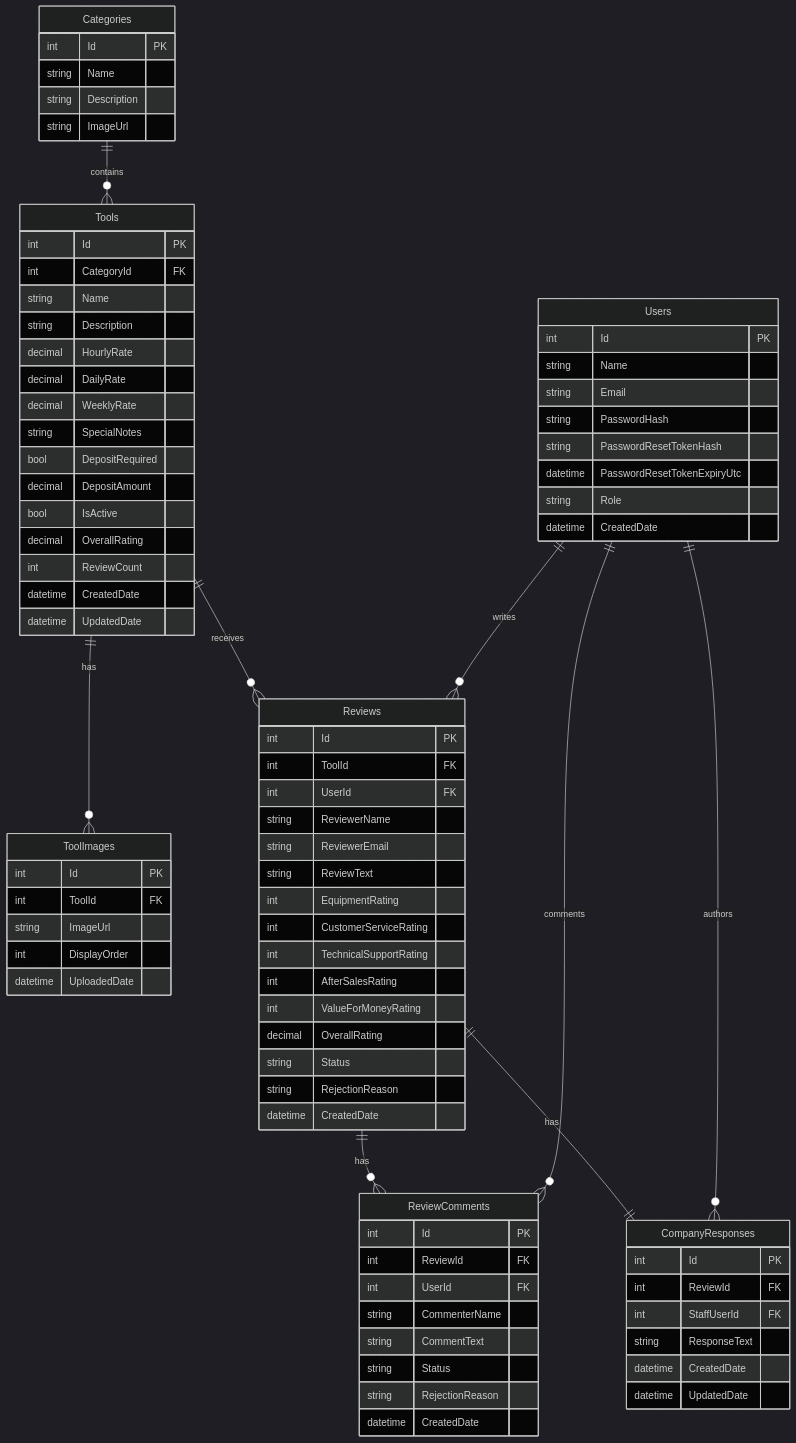
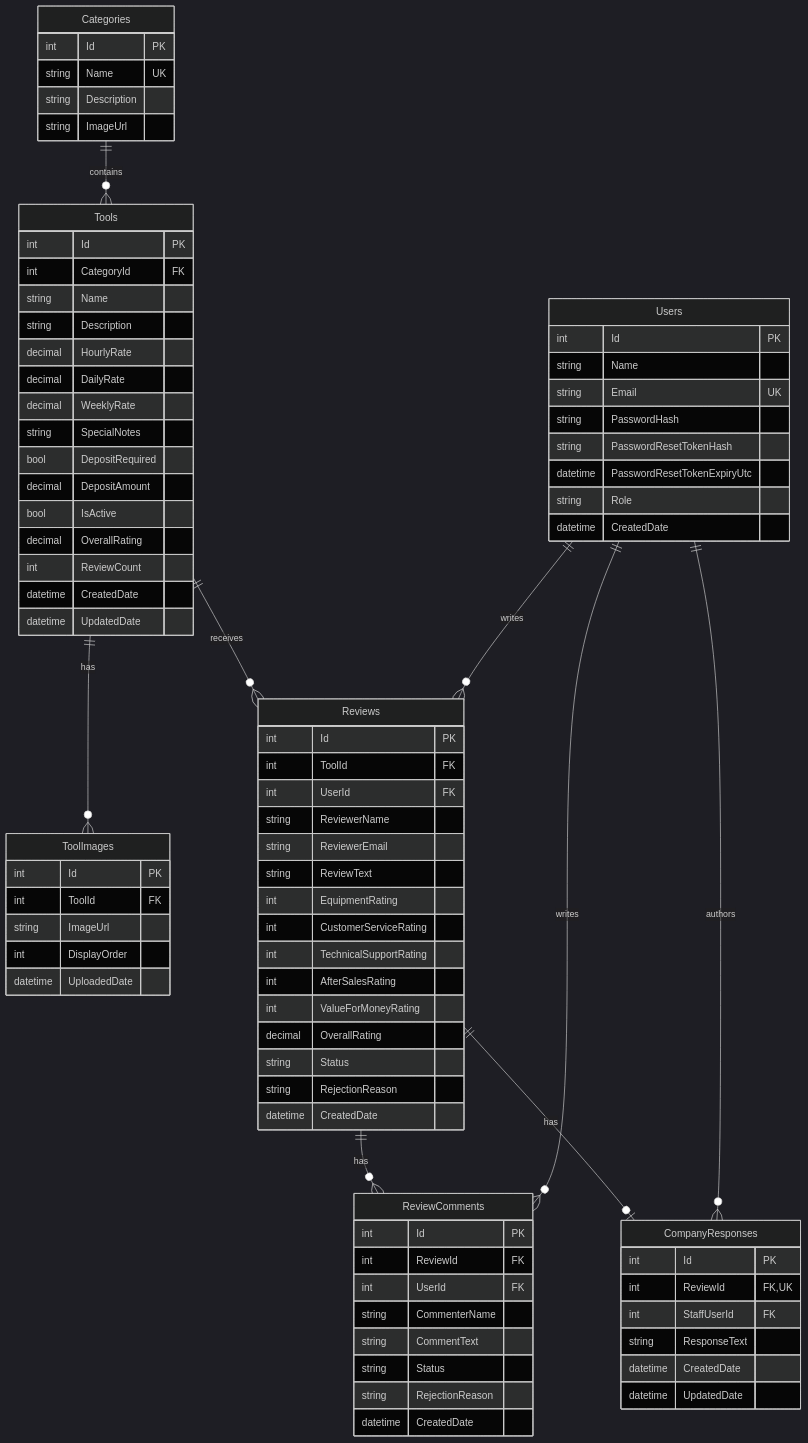
Before and after one commit to SEPP-2026/ReviewPortal-API: the tenth of 10 diagrams in docs/FUNCTIONAL-DESIGN-DIAGRAMS.md, drawn with Mermaid (dark theme). The commit also changed other lines of this file and 5 other files, not shown here.

Commit message:
Update Diagrams

````diff
--- a/docs/FUNCTIONAL-DESIGN-DIAGRAMS.md
+++ b/docs/FUNCTIONAL-DESIGN-DIAGRAMS.md
@@ -496,7 +659,7 @@
     Users {
         int Id PK
         string Name
-        string Email
+        string Email UK
         string PasswordHash
         string PasswordResetTokenHash
         datetime PasswordResetTokenExpiryUtc
@@ -506,7 +669,7 @@
 
     Categories {
         int Id PK
-        string Name
+        string Name UK
         string Description
         string ImageUrl
     }
@@ -568,19 +731,19 @@
 
     CompanyResponses {
         int Id PK
-        int ReviewId FK
+        int ReviewId FK,UK
         int StaffUserId FK
         string ResponseText
         datetime CreatedDate
         datetime UpdatedDate
     }
 
-    Categories ||--o{ Tools : "contains"
-    Tools ||--o{ ToolImages : "has"
-    Tools ||--o{ Reviews : "receives"
-    Users ||--o{ Reviews : "writes"
-    Reviews ||--o{ ReviewComments : "has"
-    Users ||--o{ ReviewComments : "comments"
-    Reviews ||--|| CompanyResponses : "has"
-    Users ||--o{ CompanyResponses : "authors"
+    Categories ||--o{ Tools : contains
+    Tools ||--o{ ToolImages : has
+    Tools ||--o{ Reviews : receives
+    Users ||--o{ Reviews : writes
+    Reviews ||--o{ ReviewComments : has
+    Users ||--o{ ReviewComments : writes
+    Reviews ||--o| CompanyResponses : has
+    Users ||--o{ CompanyResponses : authors
 ```
````
